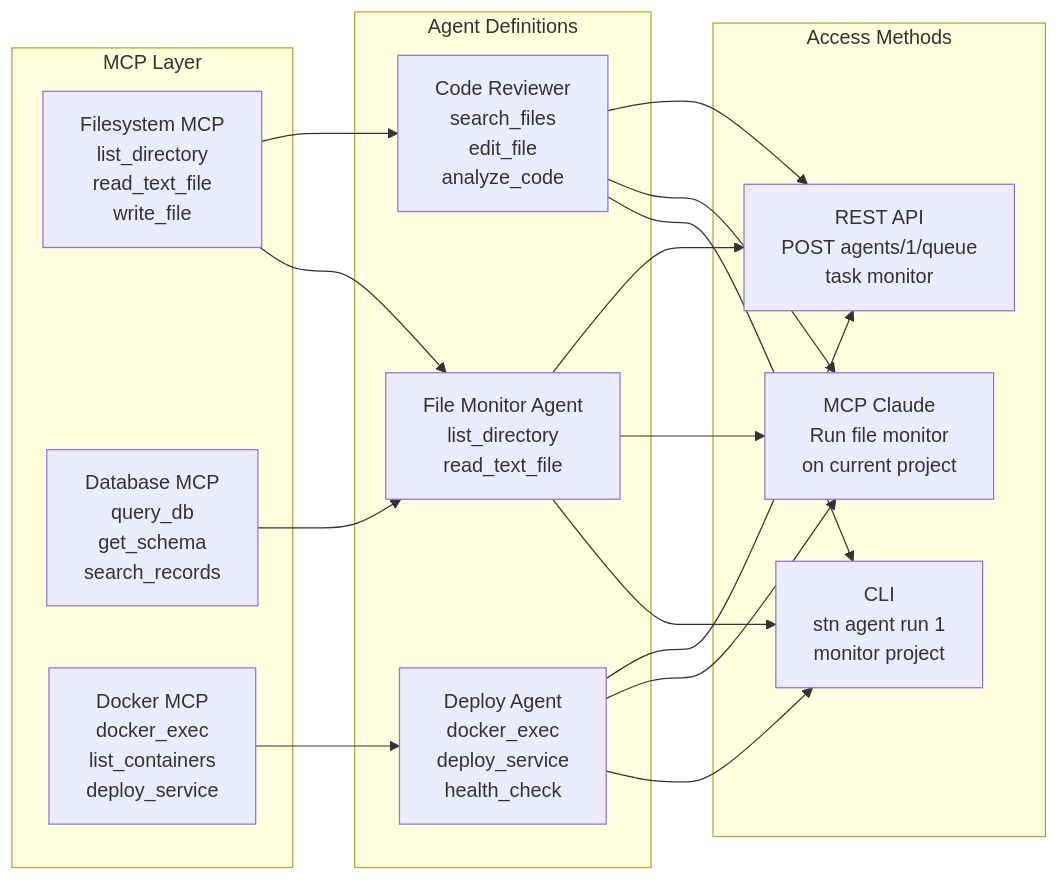
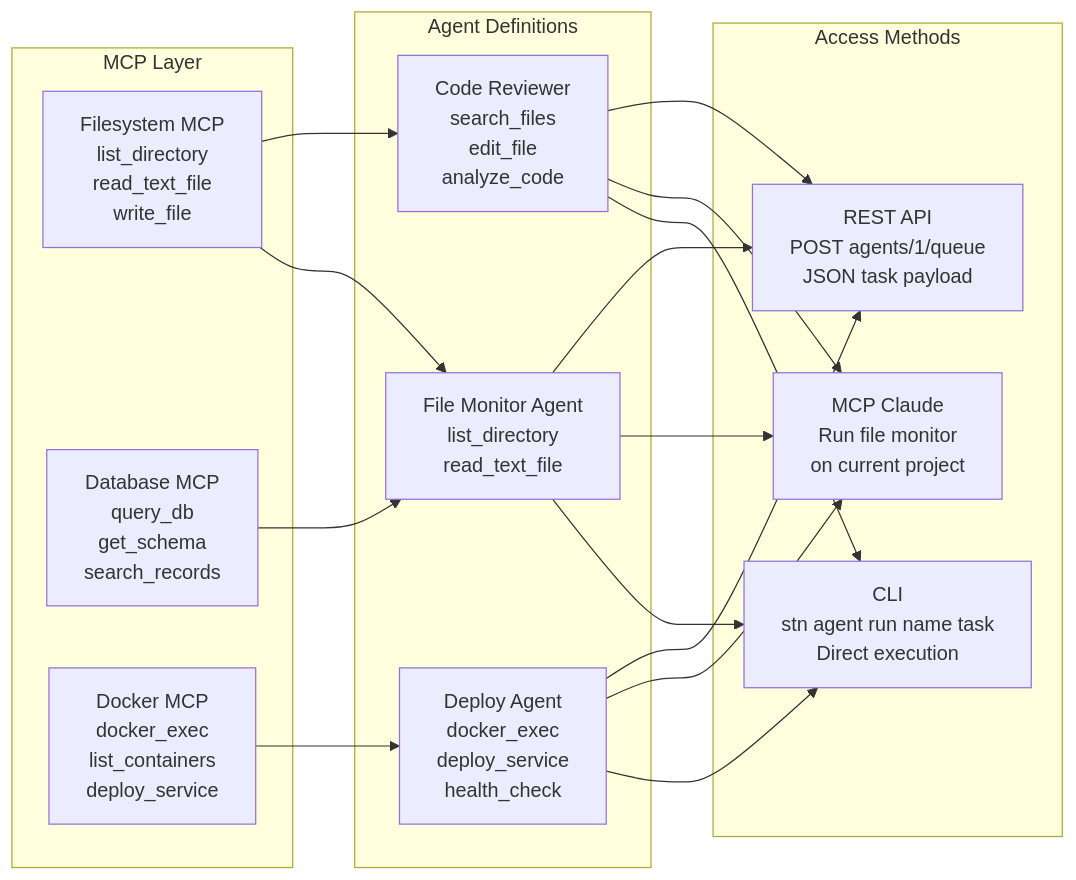
Before and after one commit to cloudshipai/station: the second of 4 diagrams in docs/site/src/content/docs/en/agents/overview.mdx, drawn with Mermaid. The commit also changed other lines of this file, not shown here.

First line of the commit message:
docs: Fix CLI commands in Agent Management overview to match actual stn binary

````diff
--- a/docs/site/src/content/docs/en/agents/overview.mdx
+++ b/docs/site/src/content/docs/en/agents/overview.mdx
@@ -67,37 +67,37 @@
 ```mermaid
 graph LR
     subgraph "MCP Layer"
         FS[Filesystem MCP<br/>list_directory<br/>read_text_file<br/>write_file]
         DB[Database MCP<br/>query_db<br/>get_schema<br/>search_records]
         Docker[Docker MCP<br/>docker_exec<br/>list_containers<br/>deploy_service]
     end
     
     subgraph "Agent Definitions"
         A1[File Monitor Agent<br/>list_directory<br/>read_text_file]
         A2[Code Reviewer<br/>search_files<br/>edit_file<br/>analyze_code]
         A3[Deploy Agent<br/>docker_exec<br/>deploy_service<br/>health_check]
     end
     
     subgraph "Access Methods"
-        CLI_Access[CLI<br/>stn agent run 1<br/>monitor project]
+        CLI_Access[CLI<br/>stn agent run name task<br/>Direct execution]
         MCP_Access[MCP Claude<br/>Run file monitor<br/>on current project]
-        API_Access[REST API<br/>POST agents/1/queue<br/>task monitor]
+        API_Access[REST API<br/>POST agents/1/queue<br/>JSON task payload]
     end
     
     FS --> A1
     FS --> A2
     DB --> A1
     Docker --> A3
     
     A1 --> CLI_Access
     A1 --> MCP_Access
     A1 --> API_Access
     
     A2 --> CLI_Access
     A2 --> MCP_Access
     A2 --> API_Access
     
     A3 --> CLI_Access
     A3 --> MCP_Access
     A3 --> API_Access
 ```
````
